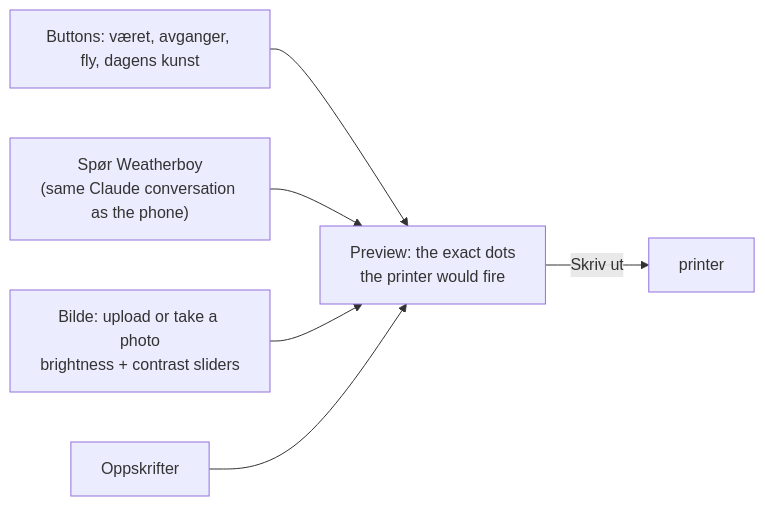
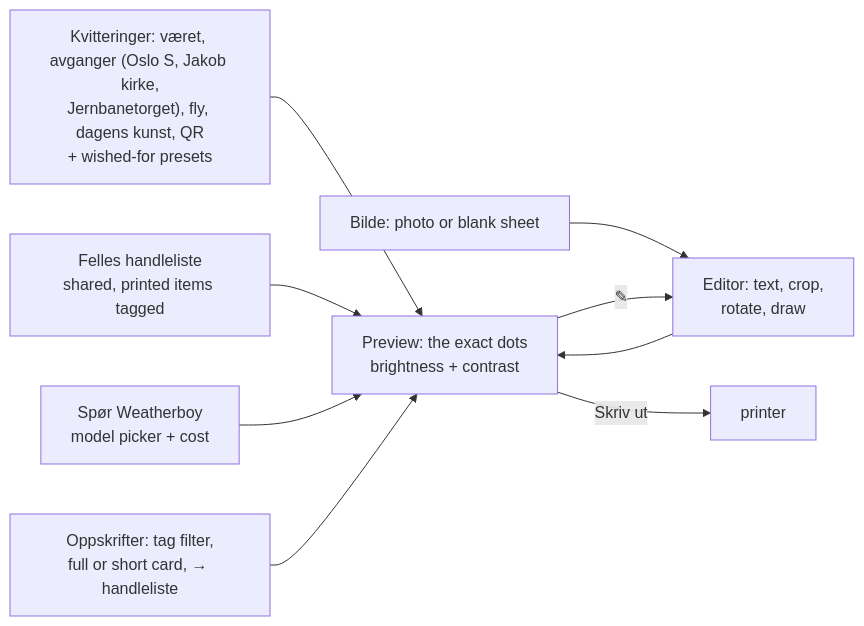
One commit to bastiankrohg/weatherboy changed the fourth of 10 diagrams in README.md. Above: the diagram before and after it, drawn with Mermaid. The commit also changed other lines of this file, not shown here.

Commit message:
README: the editor, shared list, presets and tests

````diff
--- a/README.md
+++ b/README.md
@@ -67,8 +67,11 @@
 ```mermaid
 flowchart LR
-    B["Buttons: været, avganger, fly, dagens kunst"] --> PV
-    C["Spør Weatherboy<br/>(same Claude conversation as the phone)"] --> PV
-    F["Bilde: upload or take a photo<br/>brightness + contrast sliders"] --> PV
-    R["Oppskrifter"] --> PV
-    PV["Preview: the exact dots<br/>the printer would fire"] -->|"Skriv ut"| P[printer]
+    B["Kvitteringer: været, avganger (Oslo S, Jakob kirke,<br/>Jernbanetorget), fly, dagens kunst, QR<br/>+ wished-for presets"] --> PV
+    S["Felles handleliste<br/>shared, printed items tagged"] --> PV
+    C["Spør Weatherboy<br/>model picker + cost"] --> PV
+    F["Bilde: photo or blank sheet"] --> ED
+    R["Oppskrifter: tag filter,<br/>full or short card, → handleliste"] --> PV
+    PV["Preview: the exact dots<br/>brightness + contrast"] -->|"✎"| ED["Editor: text, crop,<br/>rotate, draw"]
+    ED --> PV
+    PV -->|"Skriv ut"| P[printer]
 ```
````
